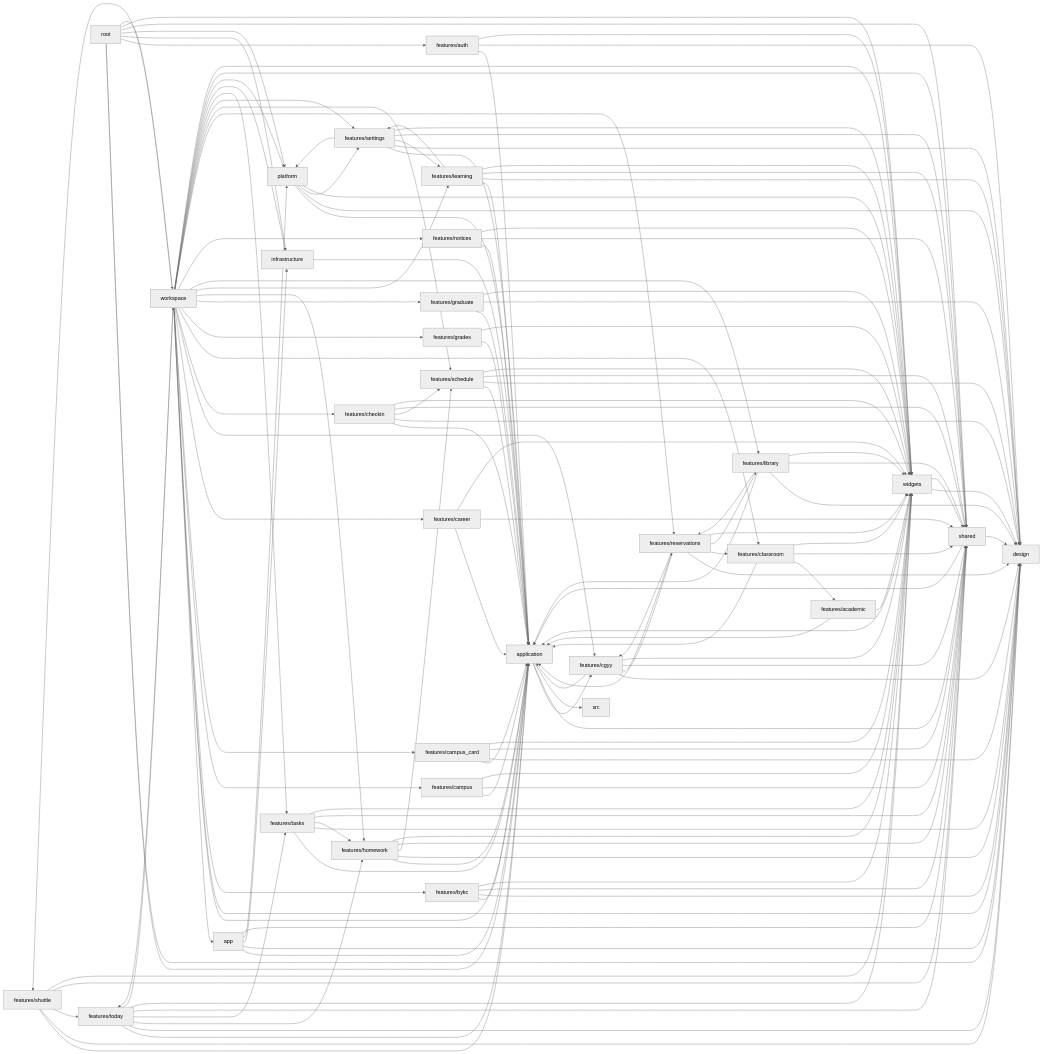
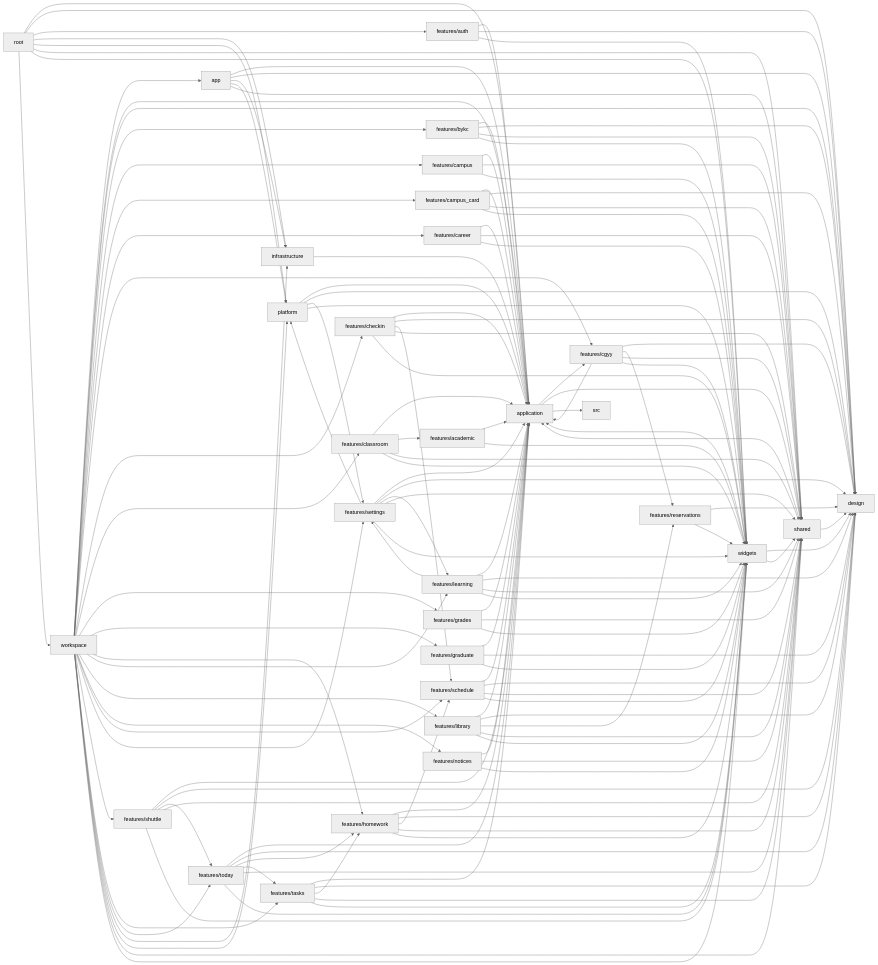
Before and after one commit to JUANWANG-BUAA/ginkgo: the first of 3 diagrams in docs/interfaces/DEPENDENCY-GRAPH.md, drawn with Mermaid (neutral theme). The commit also changed other lines of this file and 69 other files, not shown here.

```diff
--- a/docs/interfaces/DEPENDENCY-GRAPH.md
+++ b/docs/interfaces/DEPENDENCY-GRAPH.md
@@ -83,6 +83,7 @@
   n_features_classroom --> n_shared
   n_features_classroom --> n_widgets
   n_features_grades --> n_application
+  n_features_grades --> n_shared
   n_features_grades --> n_widgets
   n_features_graduate --> n_application
   n_features_graduate --> n_design
@@ -105,11 +106,7 @@
   n_features_notices --> n_application
   n_features_notices --> n_shared
   n_features_notices --> n_widgets
-  n_features_reservations --> n_application
   n_features_reservations --> n_design
-  n_features_reservations --> n_features_cgyy
-  n_features_reservations --> n_features_classroom
-  n_features_reservations --> n_features_library
   n_features_reservations --> n_widgets
   n_features_schedule --> n_application
   n_features_schedule --> n_design
@@ -137,7 +134,6 @@
   n_features_today --> n_features_tasks
   n_features_today --> n_shared
   n_features_today --> n_widgets
-  n_features_today --> n_workspace
   n_infrastructure --> n_application
   n_platform --> n_application
   n_platform --> n_design
@@ -172,7 +168,6 @@
   n_workspace --> n_features_learning
   n_workspace --> n_features_library
   n_workspace --> n_features_notices
-  n_workspace --> n_features_reservations
   n_workspace --> n_features_schedule
   n_workspace --> n_features_settings
   n_workspace --> n_features_shuttle
```
